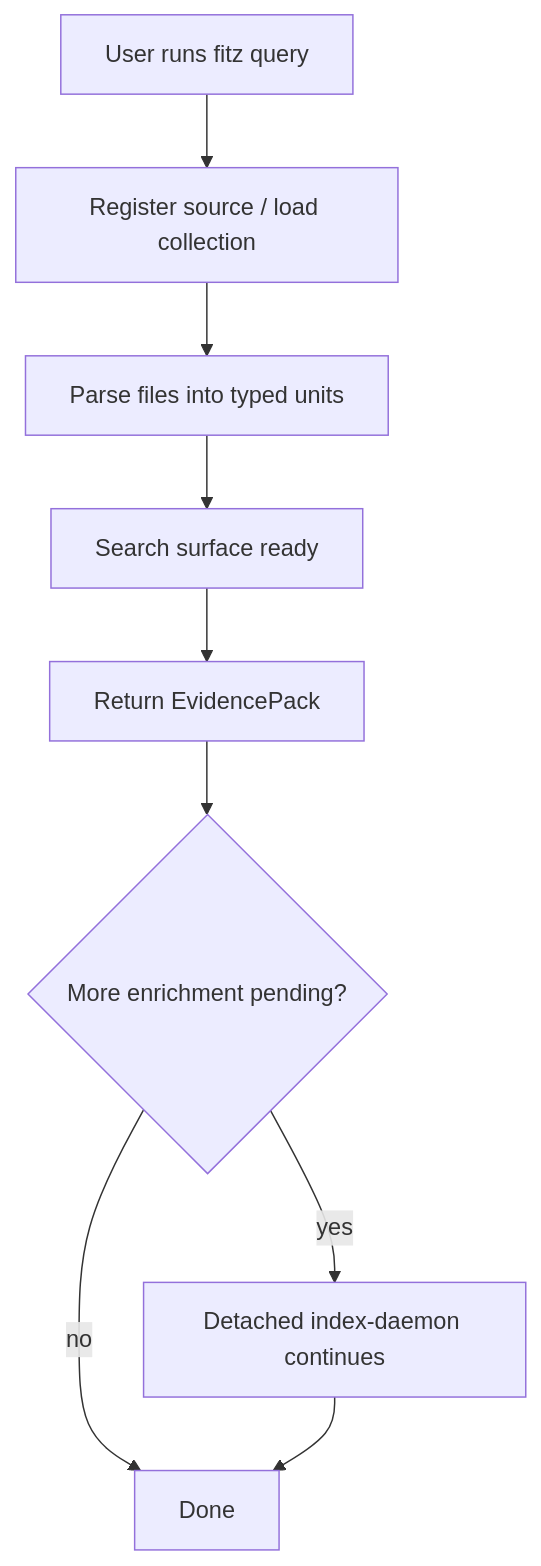
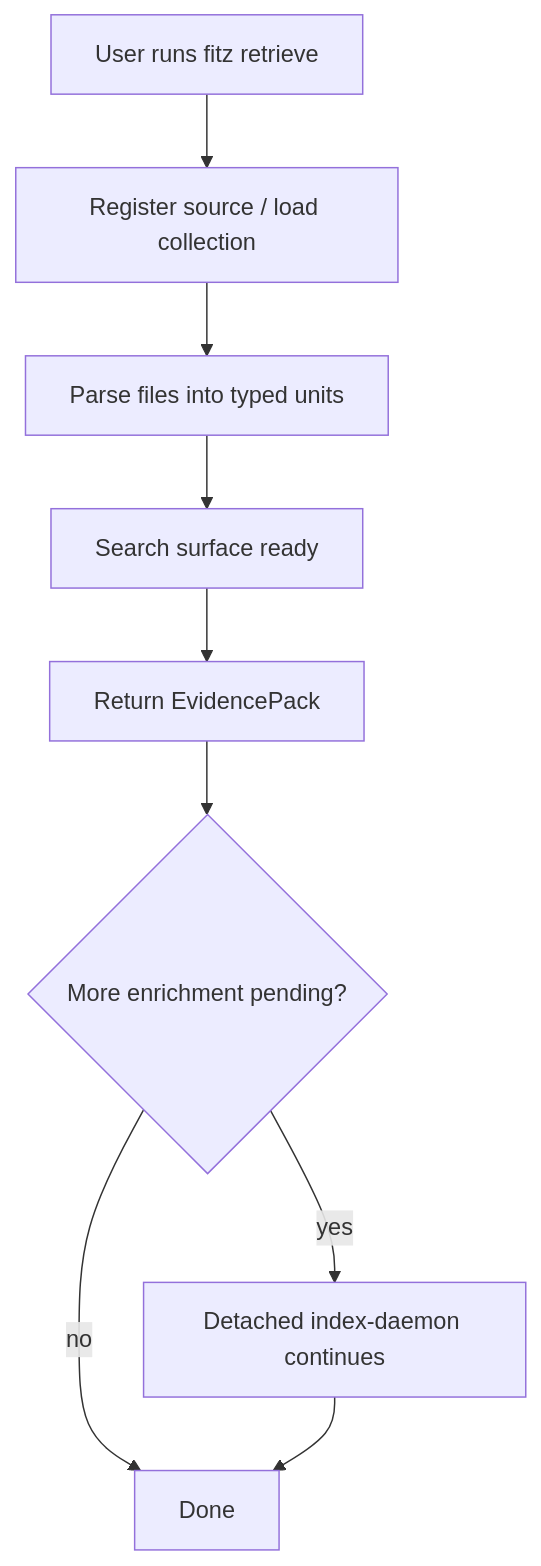
Before and after one commit to yafitzdev/fitz: the first of 2 diagrams in docs/features/platform/progressive-krag-agentic-search.md, drawn with Mermaid. The commit also changed other lines of this file and 103 other files, not shown here.

````diff
--- a/docs/features/platform/progressive-krag-agentic-search.md
+++ b/docs/features/platform/progressive-krag-agentic-search.md
@@ -19,11 +19,11 @@
 ```mermaid
 flowchart TD
-    A["User runs fitz query"] --> B["Register source / load collection"]
+    A["User runs fitz retrieve"] --> B["Register source / load collection"]
     B --> C["Parse files into typed units"]
     C --> D["Search surface ready"]
     D --> E["Return EvidencePack"]
     E --> F{"More enrichment pending?"}
     F -->|"yes"| G["Detached index-daemon continues"]
     F -->|"no"| H["Done"]
     G --> H
 ```
````
